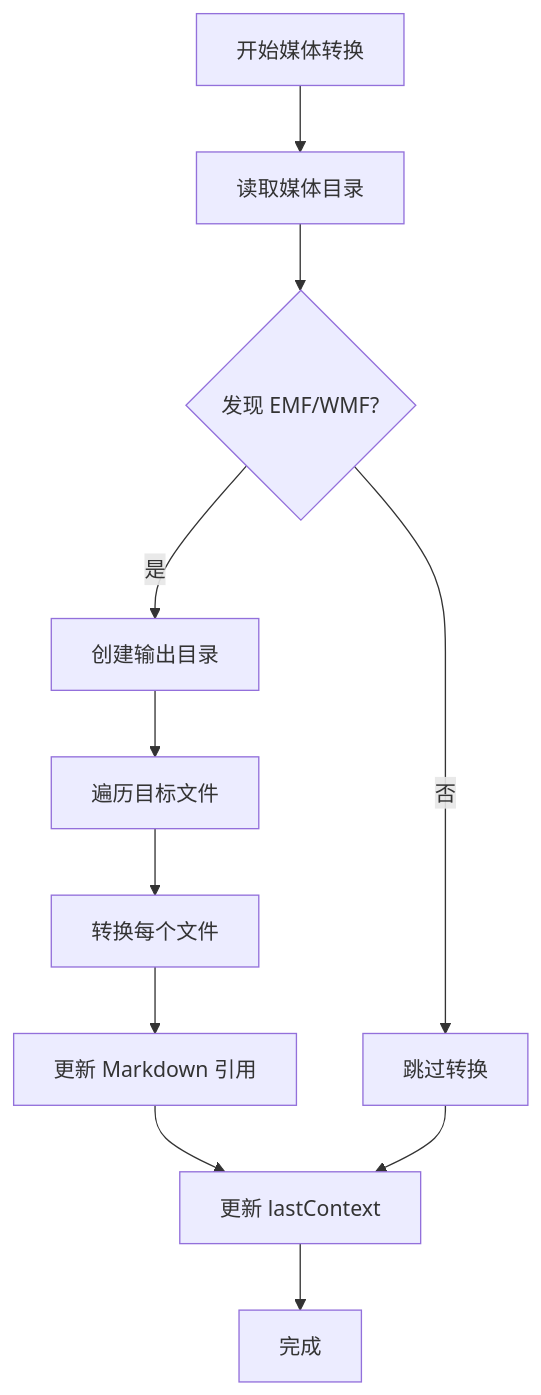
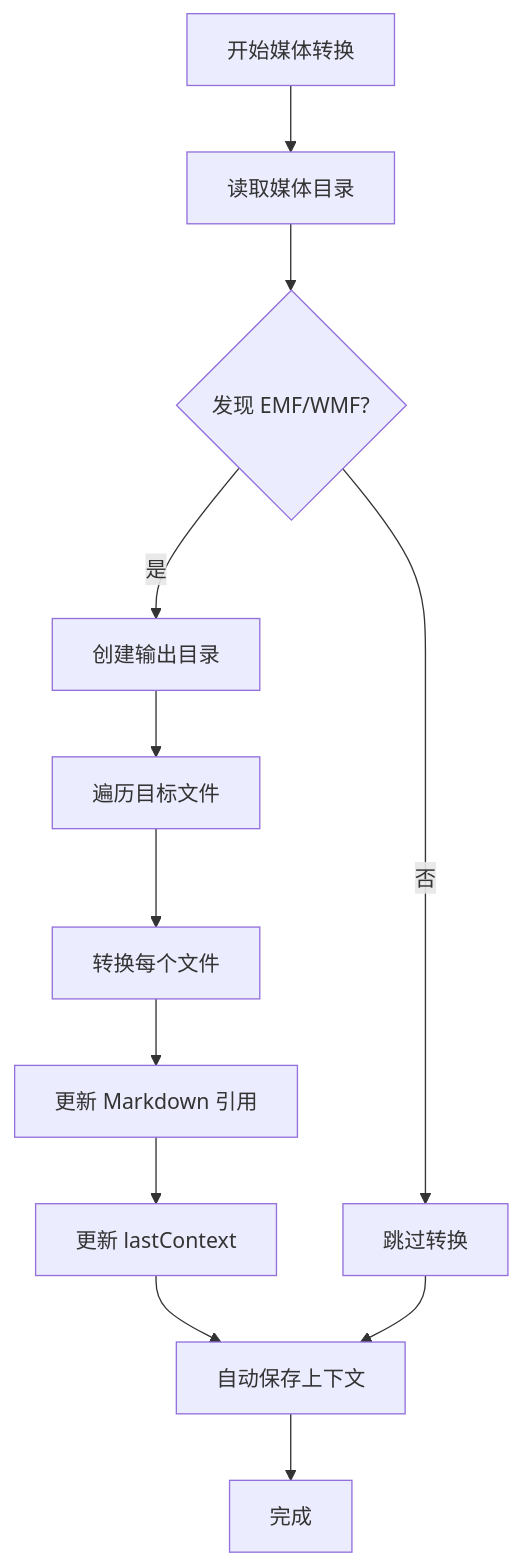
Before and after one commit to hllshiro/doc2md-cli: the seventh of 11 diagrams in .qoder/repowiki/zh/content/核心架构设计/上下文管理系统.md, drawn with Mermaid. The commit also changed other lines of this file and 3 other files, not shown here.

````diff
--- a/.qoder/repowiki/zh/content/核心架构设计/上下文管理系统.md
+++ b/.qoder/repowiki/zh/content/核心架构设计/上下文管理系统.md
@@ -249,13 +302,14 @@
 ```mermaid
 flowchart TD
 A[开始媒体转换] --> B[读取媒体目录]
 B --> C{发现 EMF/WMF?}
 C --> |否| D[跳过转换]
 C --> |是| E[创建输出目录]
 E --> F[遍历目标文件]
 F --> G[转换每个文件]
 G --> H[更新 Markdown 引用]
 H --> I[更新 lastContext]
-D --> I
-I --> J[完成]
+I --> J[自动保存上下文]
+D --> J
+J --> K[完成]
 ```
````
